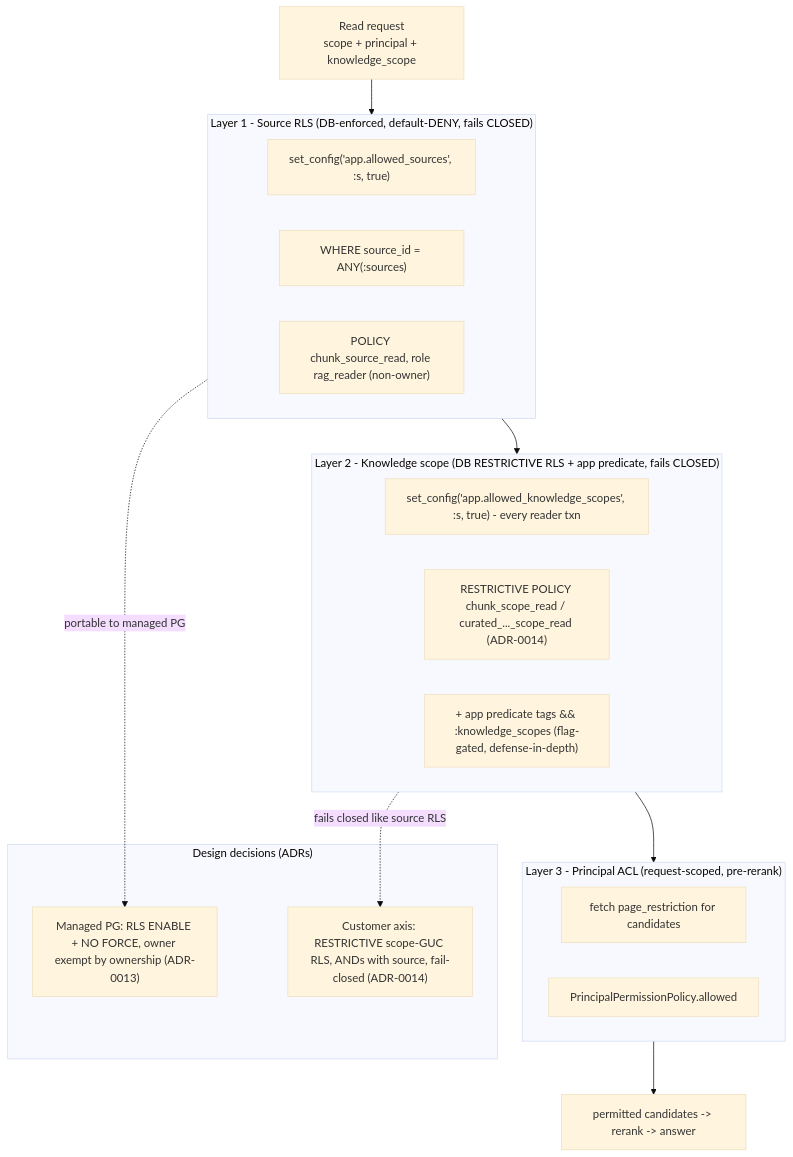
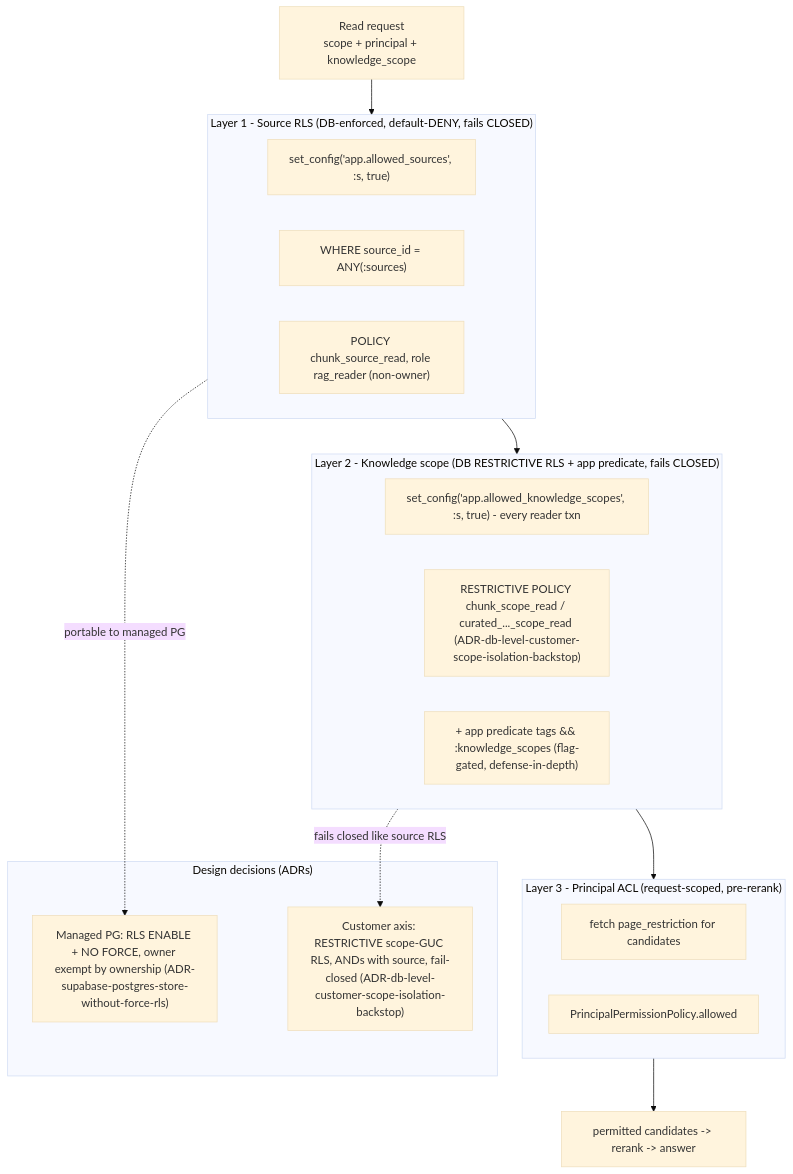
Before and after one commit to vansteenbergenmatisse/Obi_v1: the fifth of 6 diagrams in docs/_archive/final_design-superseded-2026-09-12/06-system-visualization.md, drawn with Mermaid (base theme). The commit also changed other lines of this file and 300 other files, not shown here.

````diff
--- a/docs/_archive/final_design-superseded-2026-09-12/06-system-visualization.md
+++ b/docs/_archive/final_design-superseded-2026-09-12/06-system-visualization.md
@@ -262,28 +262,28 @@
 ```mermaid
 flowchart TB
   REQ["Read request<br/>scope + principal + knowledge_scope"] --> L1
   subgraph L1["Layer 1 - Source RLS (DB-enforced, default-DENY, fails CLOSED)"]
     G1["set_config('app.allowed_sources', :s, true)"]
     G2["WHERE source_id = ANY(:sources)"]
     POL["POLICY chunk_source_read, role rag_reader (non-owner)"]
   end
   L1 --> L2
   subgraph L2["Layer 2 - Knowledge scope (DB RESTRICTIVE RLS + app predicate, fails CLOSED)"]
     K0["set_config('app.allowed_knowledge_scopes', :s, true) - every reader txn"]
-    K1["RESTRICTIVE POLICY chunk_scope_read / curated_..._scope_read (ADR-0014)"]
+    K1["RESTRICTIVE POLICY chunk_scope_read / curated_..._scope_read (ADR-db-level-customer-scope-isolation-backstop)"]
     K2["+ app predicate tags && :knowledge_scopes (flag-gated, defense-in-depth)"]
   end
   L2 --> L3
   subgraph L3["Layer 3 - Principal ACL (request-scoped, pre-rerank)"]
     A1["fetch page_restriction for candidates"]
     A2["PrincipalPermissionPolicy.allowed"]
   end
   L3 --> OUT["permitted candidates -> rerank -> answer"]
 
   subgraph DES["Design decisions (ADRs)"]
-    I1["Managed PG: RLS ENABLE + NO FORCE, owner exempt by ownership (ADR-0013)"]
-    I2["Customer axis: RESTRICTIVE scope-GUC RLS, ANDs with source, fail-closed (ADR-0014)"]
+    I1["Managed PG: RLS ENABLE + NO FORCE, owner exempt by ownership (ADR-supabase-postgres-store-without-force-rls)"]
+    I2["Customer axis: RESTRICTIVE scope-GUC RLS, ANDs with source, fail-closed (ADR-db-level-customer-scope-isolation-backstop)"]
   end
   L1 -. "portable to managed PG" .-> I1
   L2 -. "fails closed like source RLS" .-> I2
 ```
````
